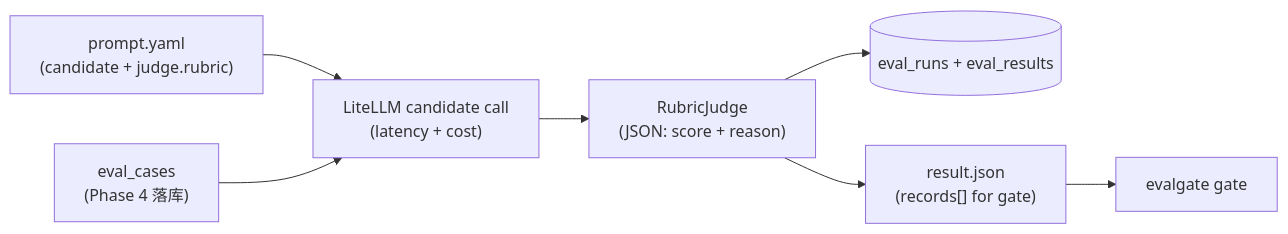
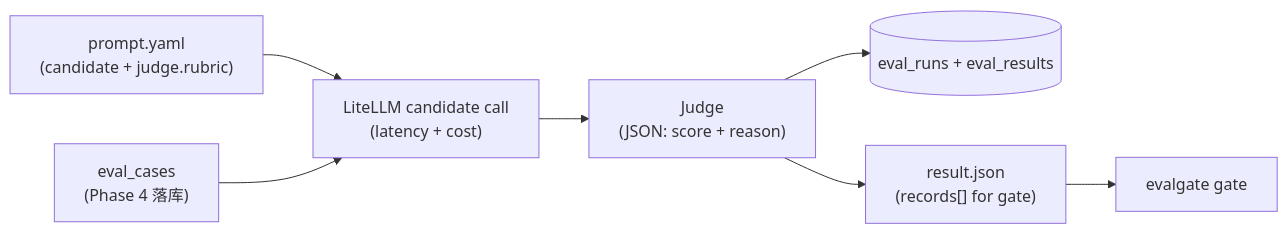
One commit to AndyUneducated/eval-gate changed the diagram in docs/PHASE_5_PLAN.md. Above: the diagram before and after it, drawn with Mermaid. The commit also changed other lines of this file and 16 other files, not shown here.

First line of the commit message:
docs: add diagrams and tech-selection rationale to README and phase plans

````diff
--- a/docs/PHASE_5_PLAN.md
+++ b/docs/PHASE_5_PLAN.md
@@ -21,14 +11,14 @@
 ```mermaid
 flowchart LR
   YAML["prompt.yaml<br/>(candidate + judge.rubric)"]
   Cases["eval_cases<br/>(Phase 4 落库)"]
   Cand["LiteLLM candidate call<br/>(latency + cost)"]
-  Judge["RubricJudge<br/>(JSON: score + reason)"]
+  Judge["Judge<br/>(JSON: score + reason)"]
   DB[("eval_runs + eval_results")]
   JSON["result.json<br/>(records[] for gate)"]
   Gate["evalgate gate"]
 
   YAML --> Cand
   Cases --> Cand --> Judge --> DB
   Judge --> JSON --> Gate
 ```
````
